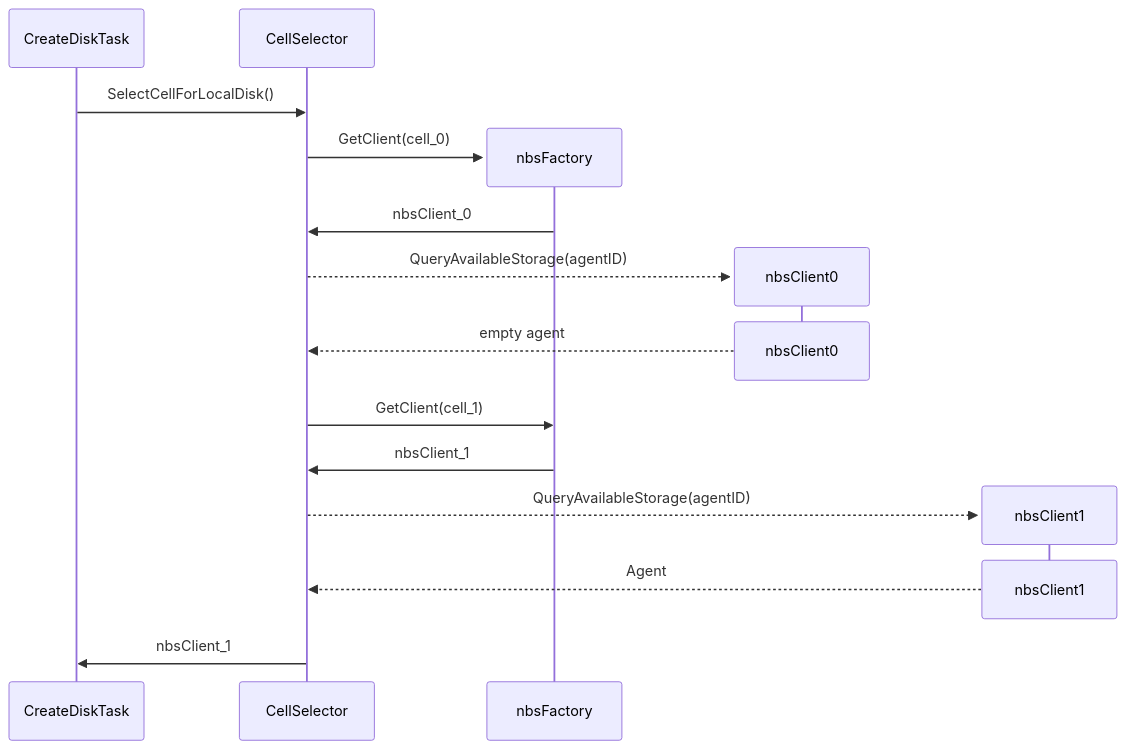
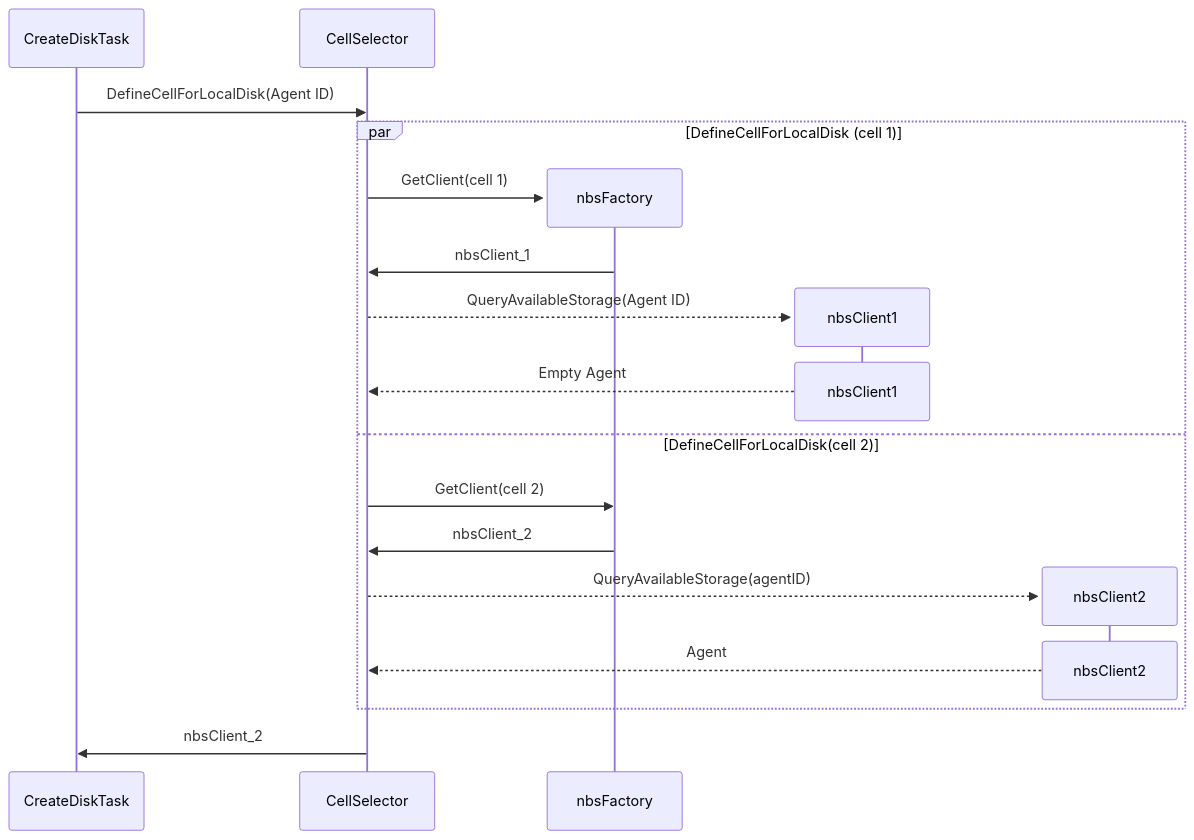
Before and after one commit to ydb-platform/nbs: the fourth of 4 diagrams in doc/disk_manager/cells/design_doc.md, drawn with Mermaid. The commit also changed other lines of this file, not shown here.

````diff
--- a/doc/disk_manager/cells/design_doc.md
+++ b/doc/disk_manager/cells/design_doc.md
@@ -151,26 +154,29 @@
 ```mermaid
 sequenceDiagram
     participant CreateDiskTask
     participant CellSelector
 
-    CreateDiskTask ->> CellSelector: SelectCellForLocalDisk()
+    CreateDiskTask ->> CellSelector: DefineCellForLocalDisk(Agent ID)
 
+    par DefineCellForLocalDisk (cell 1)
     create participant F as nbsFactory
-    CellSelector->>F:GetClient(cell_0)
-    F->>CellSelector:nbsClient_0
-
-    create participant NBS0 as nbsClient0
-    CellSelector-->>NBS0:QueryAvailableStorage(agentID)
-    destroy NBS0
-    NBS0-->>CellSelector:empty agent
-
-    CellSelector->>F:GetClient(cell_1)
+    CellSelector->>F:GetClient(cell 1)
     F->>CellSelector:nbsClient_1
 
     create participant NBS1 as nbsClient1
-    CellSelector-->>NBS1:QueryAvailableStorage(agentID)
+    CellSelector-->>NBS1:QueryAvailableStorage(Agent ID)
     destroy NBS1
-    NBS1-->>CellSelector:Agent
+    NBS1-->>CellSelector:Empty Agent
 
-    CellSelector->>CreateDiskTask:nbsClient_1
+    and DefineCellForLocalDisk(cell 2)
+    CellSelector->>F:GetClient(cell 2)
+    F->>CellSelector:nbsClient_2
+
+    create participant NBS2 as nbsClient2
+    CellSelector-->>NBS2:QueryAvailableStorage(agentID)
+    destroy NBS2
+    NBS2-->>CellSelector:Agent
+    end
+
+    CellSelector->>CreateDiskTask:nbsClient_2
 ```
````
